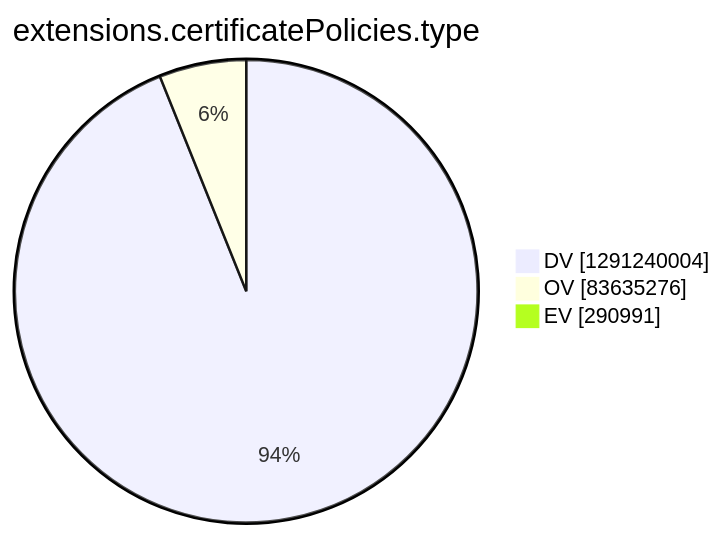
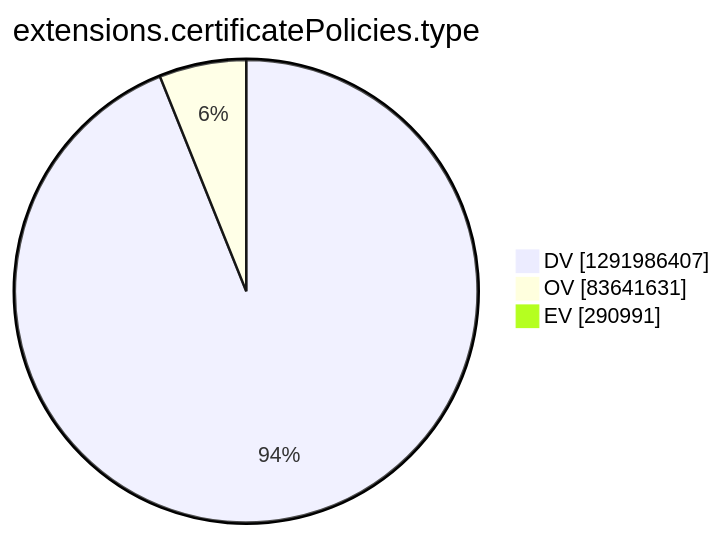
The tenth of 15 diagrams in argon2022/README.md (christiankrug/ctmonitor_visualization), drawn with Mermaid before and after one commit. The commit also changed other lines of this file, not shown here.

````diff
--- a/argon2022/README.md
+++ b/argon2022/README.md
@@ -2771,7 +2771,7 @@
 ```mermaid
 pie showData
 title extensions.certificatePolicies.type
-"DV" :1291240004
-"OV" :83635276
+"DV" :1291986407
+"OV" :83641631
 "EV" :290991
 ```
````
